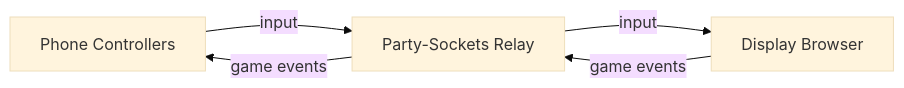
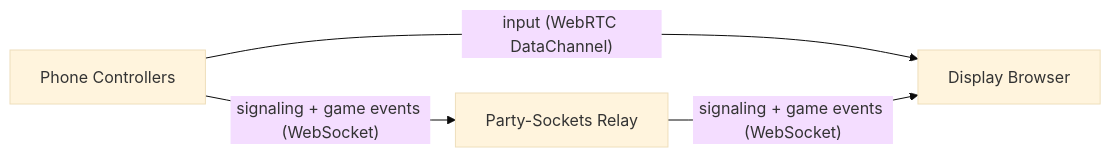
The diagram in README.md (tim4724/HexStacker-Party), drawn with Mermaid (base theme) before and after one commit. The commit also changed other lines of this file, not shown here.

First line of the commit message:
docs(readme): document WebRTC P2P connection and fix architecture diagram

````diff
--- a/README.md
+++ b/README.md
@@ -17,7 +17,6 @@
 ```mermaid
 graph LR
-    P[Phone Controllers] -- input --> R[Party-Sockets Relay]
-    R -- input --> D[Display Browser]
-    D -- game events --> R
-    R -- game events --> P
+    P[Phone Controllers] -- "input (WebRTC DataChannel)" --> D[Display Browser]
+    P -- "signaling + game events (WebSocket)" --> R[Party-Sockets Relay]
+    R -- "signaling + game events (WebSocket)" --> D
 ```
````
